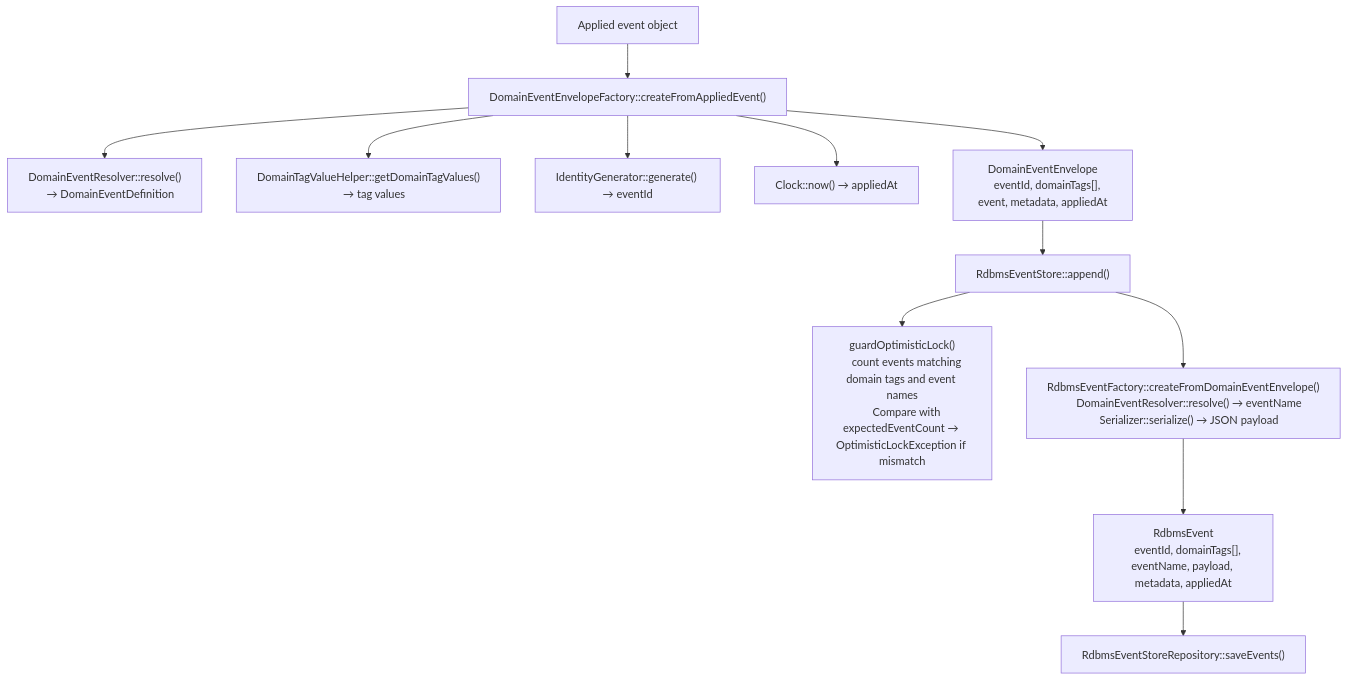
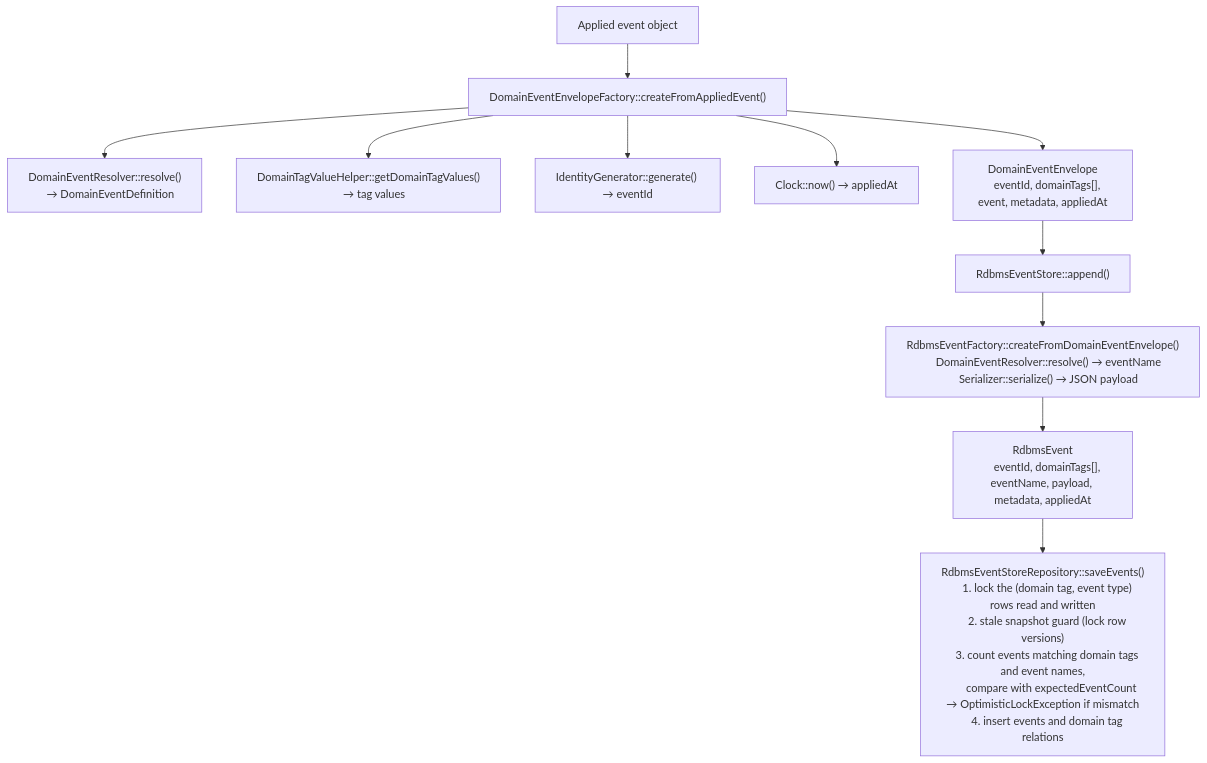
Before and after one commit to GemberPHP/event-sourcing: the third of 5 diagrams in docs/library-architecture.md, drawn with Mermaid. The commit also changed other lines of this file and 13 other files, not shown here.

````diff
--- a/docs/library-architecture.md
+++ b/docs/library-architecture.md
@@ -301,34 +308,35 @@
 ```mermaid
 flowchart TD
     event["Applied event object"]
     factory["DomainEventEnvelopeFactory::createFromAppliedEvent()"]
     event --> factory
 
     factory --> resolver["DomainEventResolver::resolve()
     → DomainEventDefinition"]
     factory --> tags["DomainTagValueHelper::getDomainTagValues()
     → tag values"]
     factory --> id["IdentityGenerator::generate() → eventId"]
     factory --> clock["Clock::now() → appliedAt"]
 
     envelope["DomainEventEnvelope
     eventId, domainTags[], event, metadata, appliedAt"]
     factory --> envelope
 
     append["RdbmsEventStore::append()"]
     envelope --> append
 
-    append --> lock["guardOptimisticLock()
-    count events matching domain tags and event names
-    Compare with expectedEventCount → OptimisticLockException if mismatch"]
-
     append --> rdbmsFactory["RdbmsEventFactory::createFromDomainEventEnvelope()
     DomainEventResolver::resolve() → eventName
     Serializer::serialize() → JSON payload"]
 
     rdbmsEvent["RdbmsEvent
     eventId, domainTags[], eventName, payload, metadata, appliedAt"]
     rdbmsFactory --> rdbmsEvent
 
-    rdbmsEvent --> saveEvents["RdbmsEventStoreRepository::saveEvents()"]
+    rdbmsEvent --> saveEvents["RdbmsEventStoreRepository::saveEvents()
+    1. lock the (domain tag, event type) rows read and written
+    2. stale snapshot guard (lock row versions)
+    3. count events matching domain tags and event names,
+       compare with expectedEventCount → OptimisticLockException if mismatch
+    4. insert events and domain tag relations"]
 ```
````
